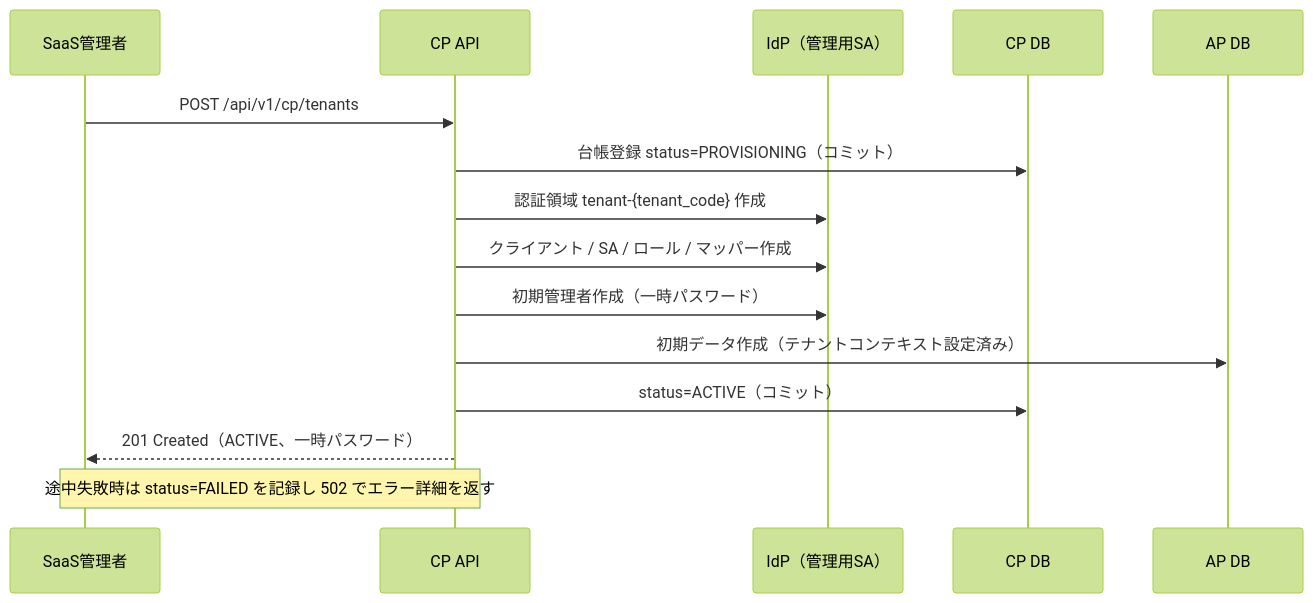
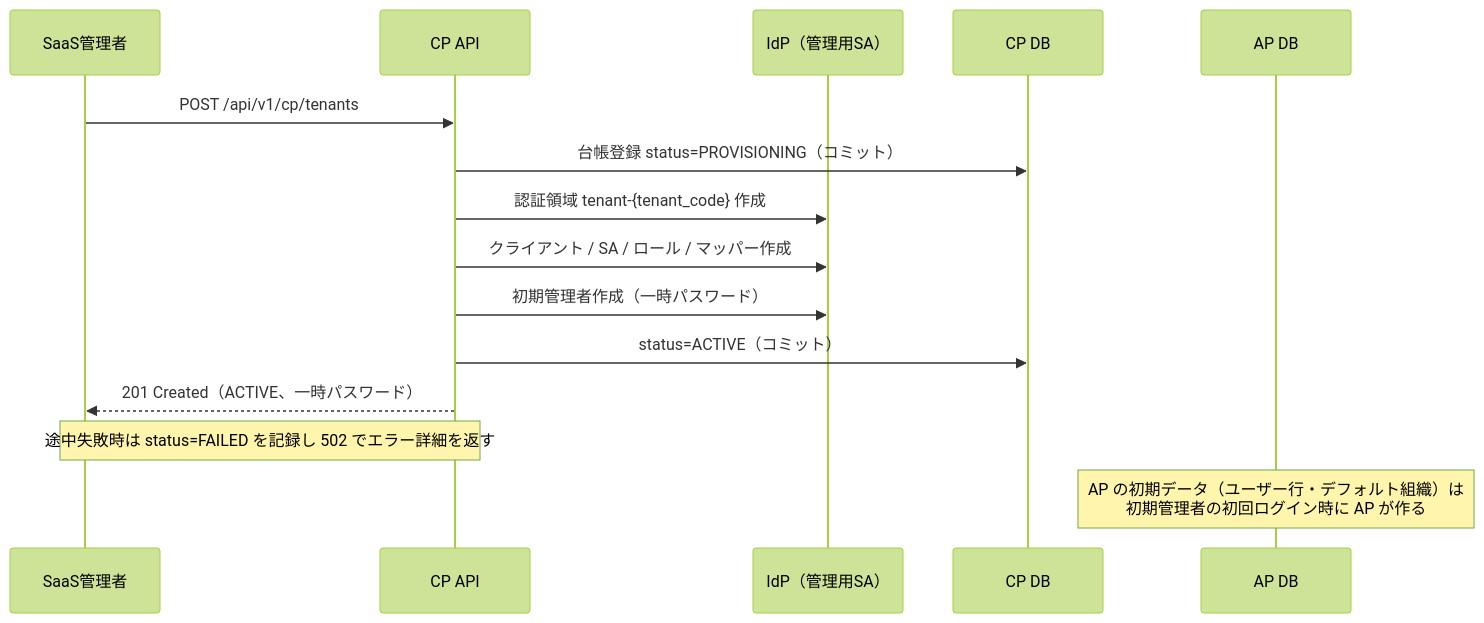
The third of 3 diagrams in docs/architecture/01-platform-concepts.md (Y-Yoshimoto/RF_Stack), drawn with Mermaid (forest theme) before and after one commit. The commit also changed other lines of this file and 237 other files, not shown here.

````diff
--- a/docs/architecture/01-platform-concepts.md
+++ b/docs/architecture/01-platform-concepts.md
@@ -237,18 +246,18 @@
 ```mermaid
 sequenceDiagram
   participant Admin as SaaS管理者
   participant CP as CP API
   participant IDP as IdP（管理用SA）
   participant CPDB as CP DB
   participant APDB as AP DB
 
   Admin->>CP: POST /api/v1/cp/tenants
   CP->>CPDB: 台帳登録 status=PROVISIONING（コミット）
   CP->>IDP: 認証領域 tenant-{tenant_code} 作成
   CP->>IDP: クライアント / SA / ロール / マッパー作成
   CP->>IDP: 初期管理者作成（一時パスワード）
-  CP->>APDB: 初期データ作成（テナントコンテキスト設定済み）
   CP->>CPDB: status=ACTIVE（コミット）
   CP-->>Admin: 201 Created（ACTIVE、一時パスワード）
   Note over CP,Admin: 途中失敗時は status=FAILED を記録し 502 でエラー詳細を返す
+  Note over APDB: AP の初期データ（ユーザー行・デフォルト組織）は<br>初期管理者の初回ログイン時に AP が作る
 ```
````
